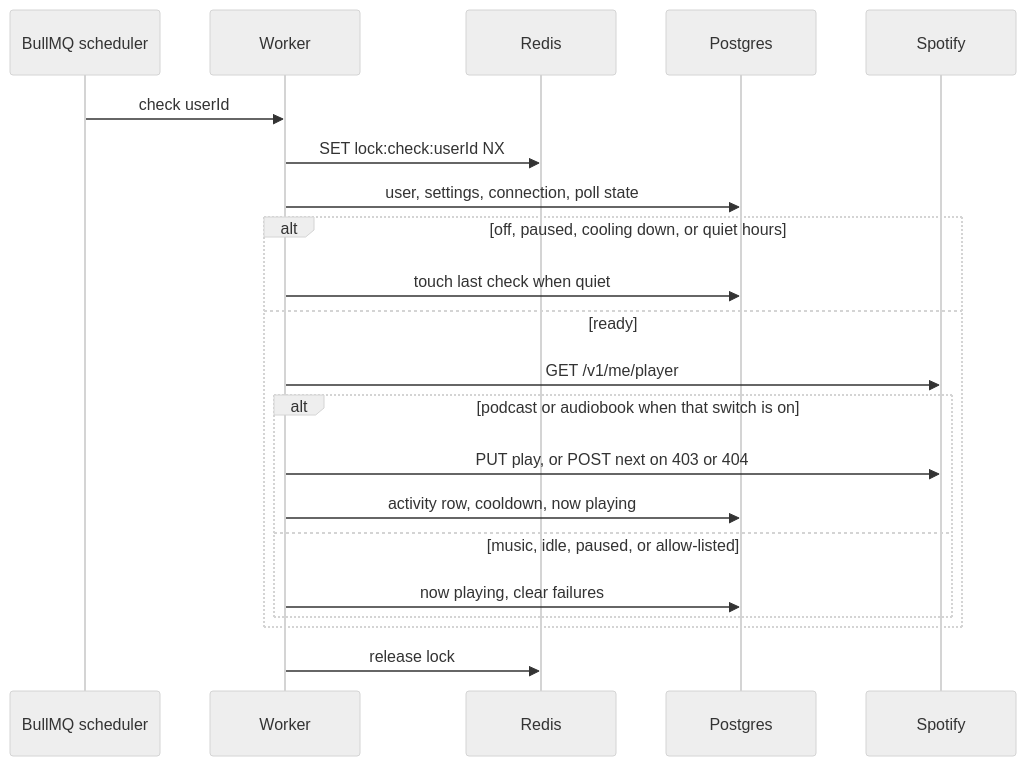
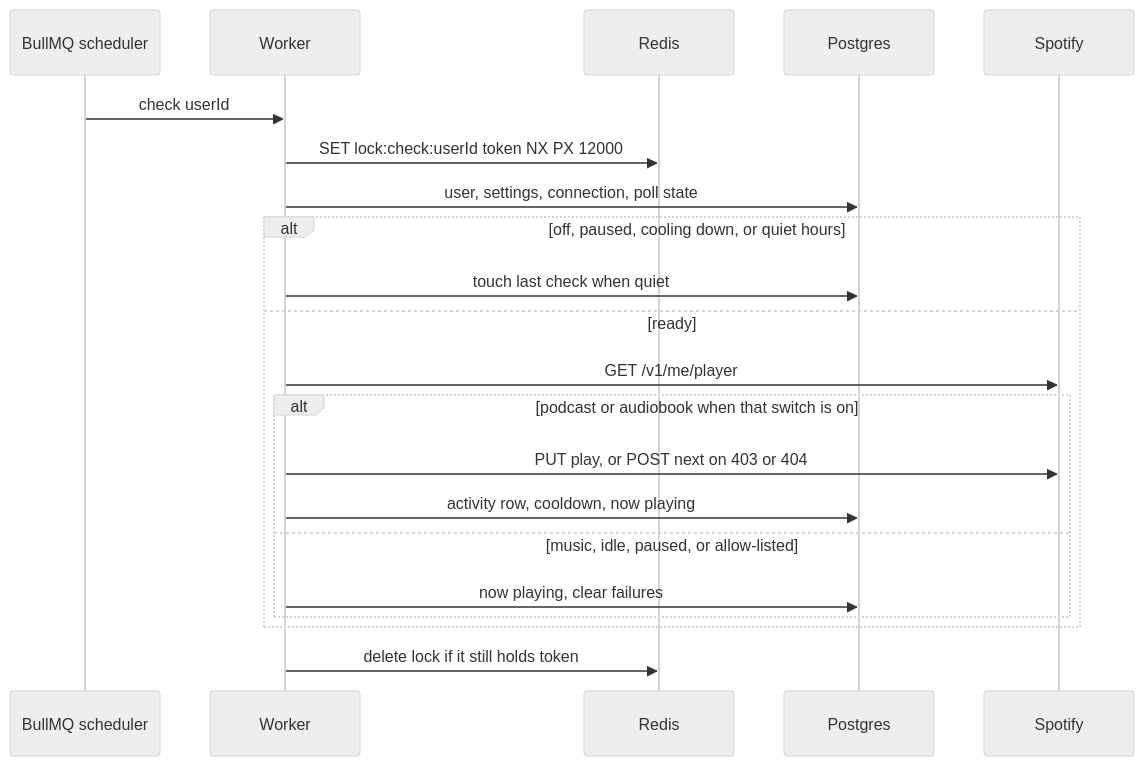
Before and after one commit to Mithridates01/onlysongs.io: the second of 2 diagrams in docs/ARCHITECTURE.md, drawn with Mermaid (neutral theme). The commit also changed other lines of this file and 18 other files, not shown here.

First line of the commit message:
Fix token-refresh and lock races and add a load-test harness.

````diff
--- a/docs/ARCHITECTURE.md
+++ b/docs/ARCHITECTURE.md
@@ -84,24 +86,24 @@
 ```mermaid
 sequenceDiagram
   participant Scheduler as BullMQ scheduler
   participant Worker
   participant Redis
   participant DB as Postgres
   participant Spotify
 
   Scheduler->>Worker: check userId
-  Worker->>Redis: SET lock:check:userId NX
+  Worker->>Redis: SET lock:check:userId token NX PX 12000
   Worker->>DB: user, settings, connection, poll state
   alt off, paused, cooling down, or quiet hours
     Worker->>DB: touch last check when quiet
   else ready
     Worker->>Spotify: GET /v1/me/player
     alt podcast or audiobook when that switch is on
       Worker->>Spotify: PUT play, or POST next on 403 or 404
       Worker->>DB: activity row, cooldown, now playing
     else music, idle, paused, or allow-listed
       Worker->>DB: now playing, clear failures
     end
   end
-  Worker->>Redis: release lock
+  Worker->>Redis: delete lock if it still holds token
 ```
````
